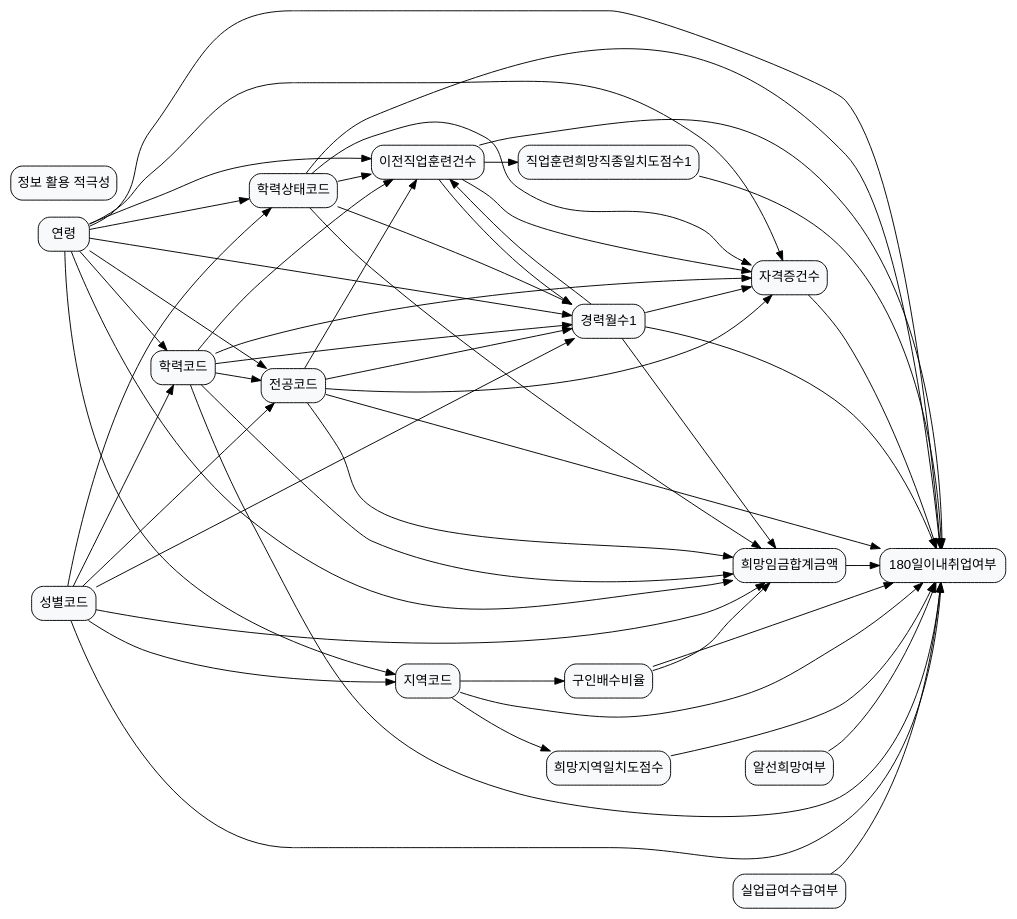
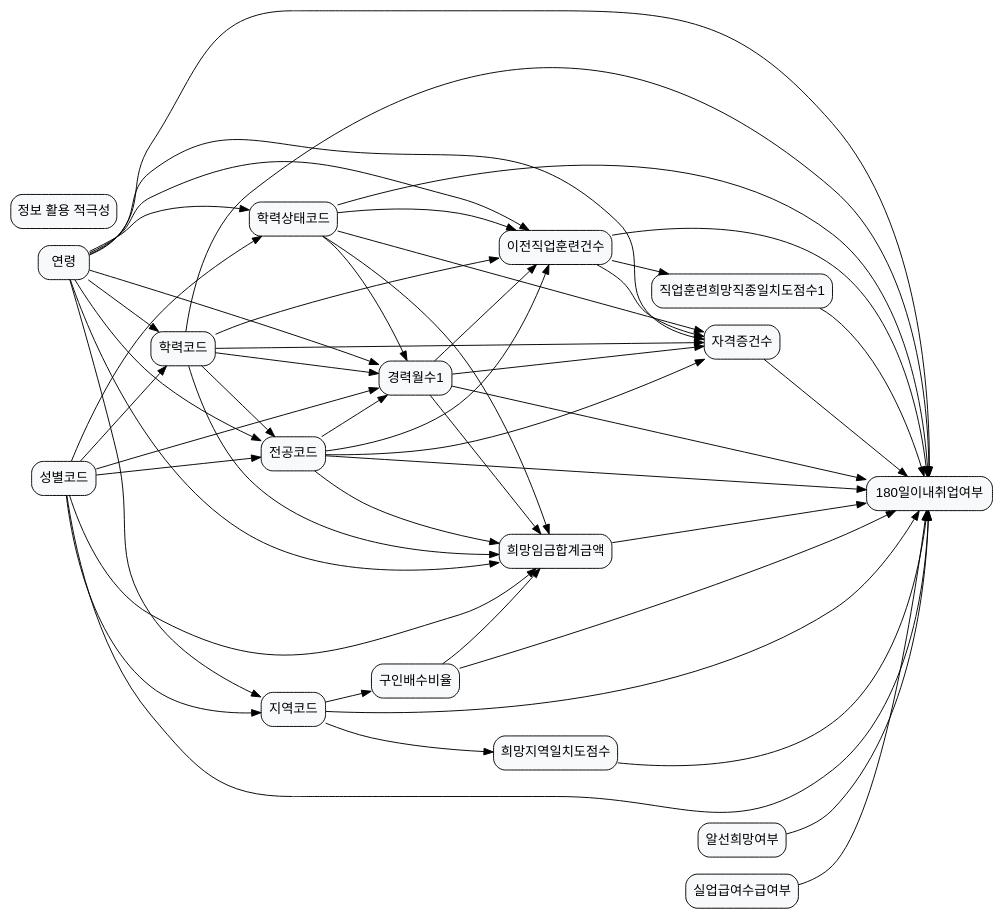
The diagram in laborlab_2/data/graph_data/graph_39.dot (KU-LIM-Lab/dowhy-deep), drawn with Graphviz before and after one commit. The commit also changed 12 other files, not shown here.

Commit message:
graphs updated

```diff
--- a/laborlab_2/data/graph_data/graph_39.dot
+++ b/laborlab_2/data/graph_data/graph_39.dot
@@ -1,72 +1,71 @@
 digraph G {
 rankdir=LR;
 node [fillcolor="#F8F9FB", fontname=Helvetica, shape=box];
 ACCR_CD [label="학력코드", style="rounded,filled"];
 ACCR_STCD [label="학력상태코드", style="rounded,filled"];
 ACQ_180_YN [label="180일이내취업여부", style="rounded,filled"];
 AGE [label="연령", style="rounded,filled"];
 AGREE_LEVEL [label="정보 활용 적극성", style="rounded,filled"];
 AREA_CD [label="지역코드", style="rounded,filled"];
 BFR_OCTR_CT [label="이전직업훈련건수", style="rounded,filled"];
 CARR_MYCT1 [label="경력월수1", style="rounded,filled"];
 CRQF_CT [label="자격증건수", style="rounded,filled"];
 HOPE_WAGE_SM_AMT [label="희망임금합계금액", style="rounded,filled"];
 HPAR_CSCY_SCOR [label="희망지역일치도점수", style="rounded,filled"];
 JO_DRNG_RATE [label="구인배수비율", style="rounded,filled"];
 MAJR_CD1 [label="전공코드", style="rounded,filled"];
 MDTN_HOPE_YN [label="알선희망여부", style="rounded,filled"];
 OCTR_HOPE_JSFC_CSCY_SCOR1 [label="직업훈련희망직종일치도점수1", style="rounded,filled"];
 SXDS_CD [label="성별코드", style="rounded,filled"];
 UEPS_RECP_YN [label="실업급여수급여부", style="rounded,filled"];
 ACCR_CD -> ACQ_180_YN;
 ACCR_CD -> BFR_OCTR_CT;
 ACCR_CD -> CARR_MYCT1;
 ACCR_CD -> CRQF_CT;
 ACCR_CD -> HOPE_WAGE_SM_AMT;
 ACCR_CD -> MAJR_CD1;
 ACCR_STCD -> ACQ_180_YN;
 ACCR_STCD -> BFR_OCTR_CT;
 ACCR_STCD -> CARR_MYCT1;
 ACCR_STCD -> CRQF_CT;
 ACCR_STCD -> HOPE_WAGE_SM_AMT;
 AGE -> ACCR_CD;
 AGE -> ACCR_STCD;
 AGE -> ACQ_180_YN;
 AGE -> AREA_CD;
 AGE -> BFR_OCTR_CT;
 AGE -> CARR_MYCT1;
 AGE -> CRQF_CT;
 AGE -> HOPE_WAGE_SM_AMT;
 AGE -> MAJR_CD1;
 AREA_CD -> ACQ_180_YN;
 AREA_CD -> HPAR_CSCY_SCOR;
 AREA_CD -> JO_DRNG_RATE;
 BFR_OCTR_CT -> ACQ_180_YN;
-BFR_OCTR_CT -> CARR_MYCT1;
 BFR_OCTR_CT -> CRQF_CT;
 BFR_OCTR_CT -> OCTR_HOPE_JSFC_CSCY_SCOR1;
 CARR_MYCT1 -> ACQ_180_YN;
 CARR_MYCT1 -> BFR_OCTR_CT;
 CARR_MYCT1 -> CRQF_CT;
 CARR_MYCT1 -> HOPE_WAGE_SM_AMT;
 CRQF_CT -> ACQ_180_YN;
 HOPE_WAGE_SM_AMT -> ACQ_180_YN;
 HPAR_CSCY_SCOR -> ACQ_180_YN;
 JO_DRNG_RATE -> ACQ_180_YN;
 JO_DRNG_RATE -> HOPE_WAGE_SM_AMT;
 MAJR_CD1 -> ACQ_180_YN;
 MAJR_CD1 -> BFR_OCTR_CT;
 MAJR_CD1 -> CARR_MYCT1;
 MAJR_CD1 -> CRQF_CT;
 MAJR_CD1 -> HOPE_WAGE_SM_AMT;
 MDTN_HOPE_YN -> ACQ_180_YN;
 OCTR_HOPE_JSFC_CSCY_SCOR1 -> ACQ_180_YN;
 SXDS_CD -> ACCR_CD;
 SXDS_CD -> ACCR_STCD;
 SXDS_CD -> ACQ_180_YN;
 SXDS_CD -> AREA_CD;
 SXDS_CD -> CARR_MYCT1;
 SXDS_CD -> HOPE_WAGE_SM_AMT;
 SXDS_CD -> MAJR_CD1;
 UEPS_RECP_YN -> ACQ_180_YN;
 }
```
